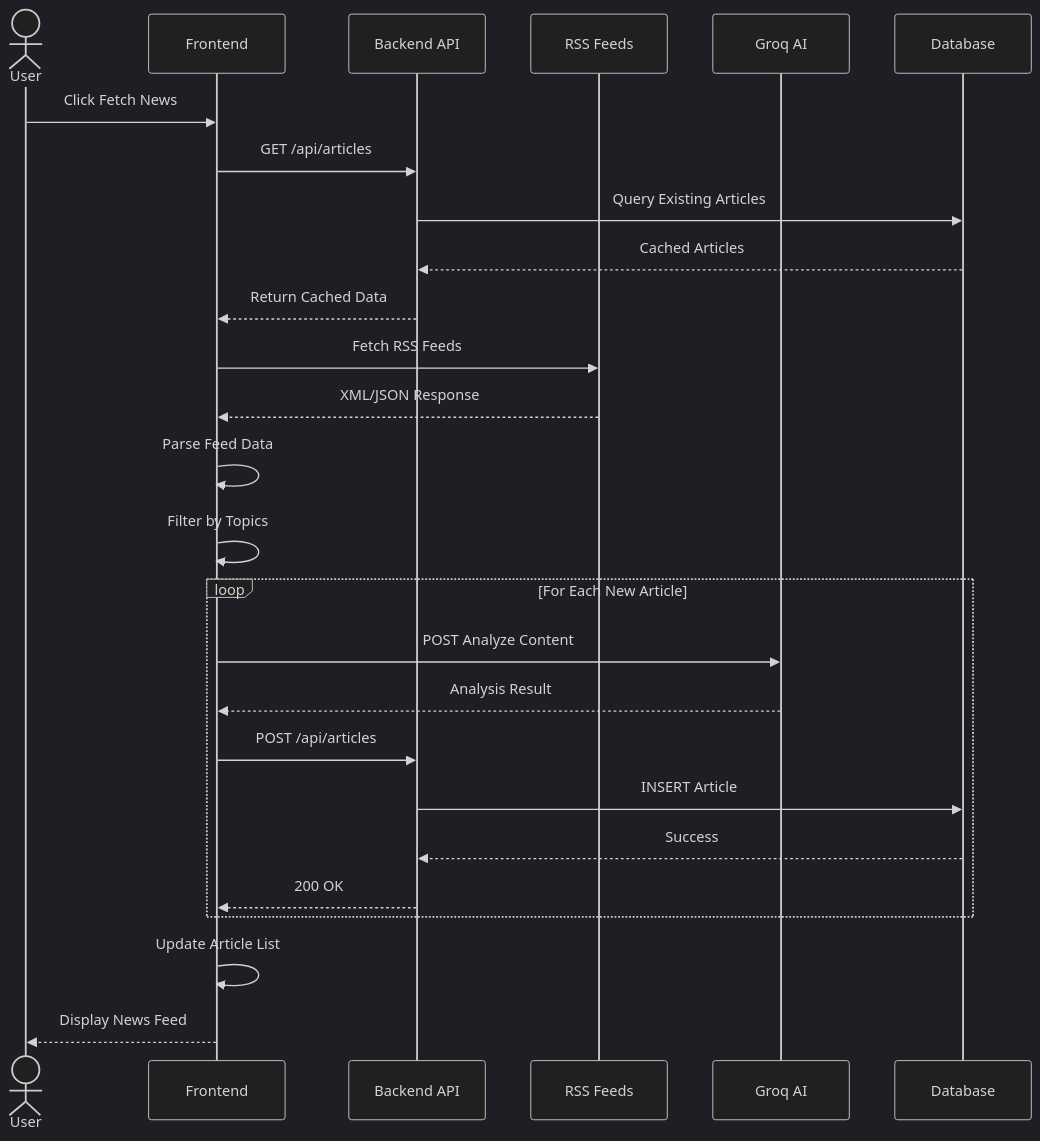
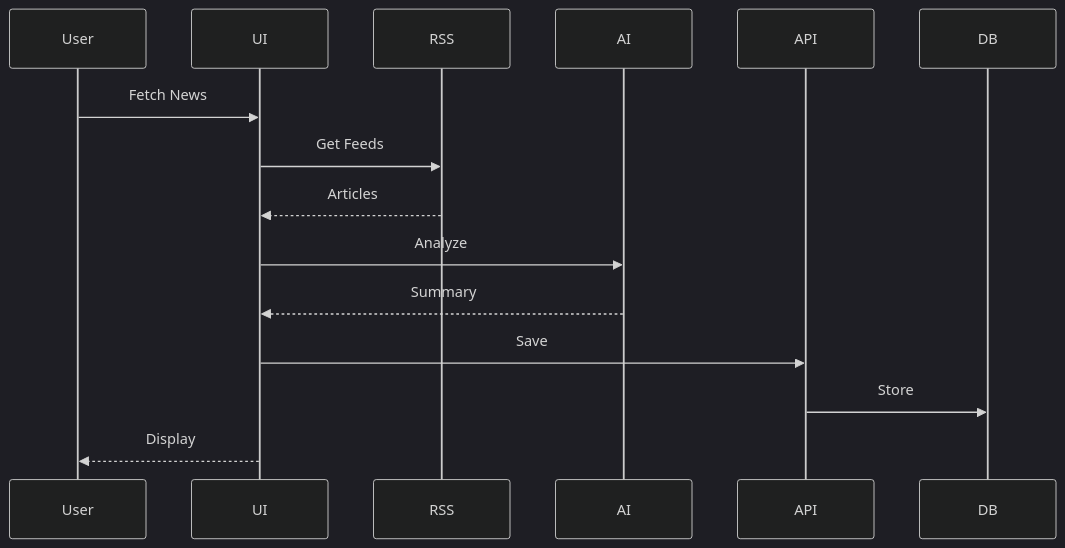
Before and after one commit to Arshi9214/News-Aggregator-and-Analysis: diagram 12 of 14 in README.md, drawn with Mermaid (dark theme). The commit also changed other lines of this file, not shown here.

````diff
--- a/README.md
+++ b/README.md
@@ -655,32 +367,11 @@
 ```mermaid
 sequenceDiagram
-    actor User
-    participant UI as Frontend
-    participant API as Backend API
-    participant RSS as RSS Feeds
-    participant AI as Groq AI
-    participant DB as Database
-    
-    User->>UI: Click Fetch News
-    UI->>API: GET /api/articles
-    API->>DB: Query Existing Articles
-    DB-->>API: Cached Articles
-    API-->>UI: Return Cached Data
-    
-    UI->>RSS: Fetch RSS Feeds
-    RSS-->>UI: XML/JSON Response
-    UI->>UI: Parse Feed Data
-    UI->>UI: Filter by Topics
-    
-    loop For Each New Article
-        UI->>AI: POST Analyze Content
-        AI-->>UI: Analysis Result
-        UI->>API: POST /api/articles
-        API->>DB: INSERT Article
-        DB-->>API: Success
-        API-->>UI: 200 OK
-    end
-    
-    UI->>UI: Update Article List
-    UI-->>User: Display News Feed
+    User->>UI: Fetch News
+    UI->>RSS: Get Feeds
+    RSS-->>UI: Articles
+    UI->>AI: Analyze
+    AI-->>UI: Summary
+    UI->>API: Save
+    API->>DB: Store
+    UI-->>User: Display
 ```
````
